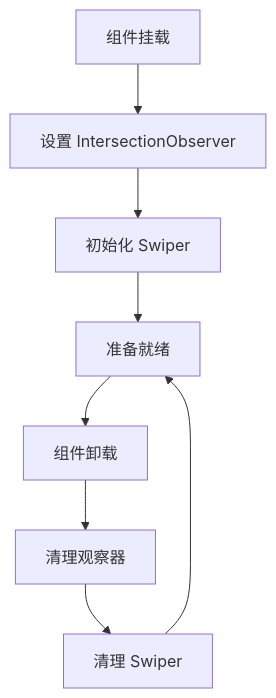
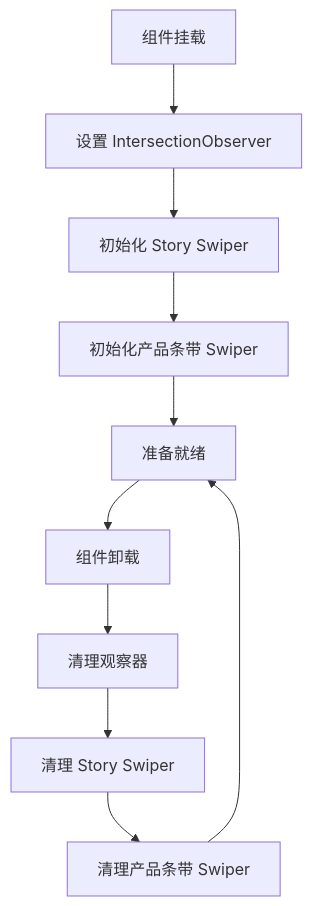
Before and after one commit to billye220670/newSquare: diagram 14 of 14 in .qoder/repowiki/zh/content/内容卡片系统/单品故事卡片.md, drawn with Mermaid. The commit also changed other lines of this file and 7 other files, not shown here.

````diff
--- a/.qoder/repowiki/zh/content/内容卡片系统/单品故事卡片.md
+++ b/.qoder/repowiki/zh/content/内容卡片系统/单品故事卡片.md
@@ -402,10 +515,12 @@
 ```mermaid
 flowchart TD
 Mount[组件挂载] --> SetupObserver[设置 IntersectionObserver]
-SetupObserver --> SetupSwiper[初始化 Swiper]
-SetupSwiper --> Ready[准备就绪]
+SetupObserver --> SetupSwiper[初始化 Story Swiper]
+SetupSwiper --> SetupProductSwipers[初始化产品条带 Swiper]
+SetupProductSwipers --> Ready[准备就绪]
 Ready --> Unmount[组件卸载]
 Unmount --> CleanupObserver[清理观察器]
-CleanupObserver --> CleanupSwiper[清理 Swiper]
-CleanupSwiper --> Ready
+CleanupObserver --> CleanupSwiper[清理 Story Swiper]
+CleanupSwiper --> CleanupProductSwipers[清理产品条带 Swiper]
+CleanupProductSwipers --> Ready
 ```
````
